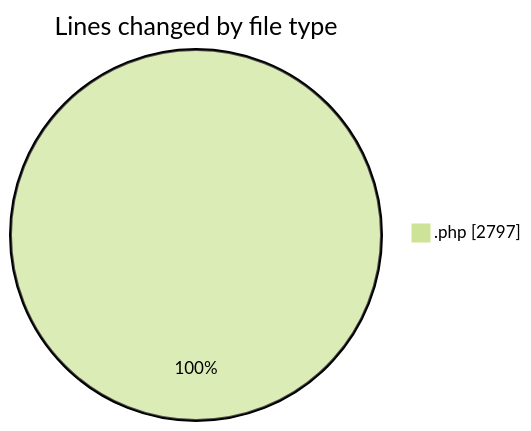
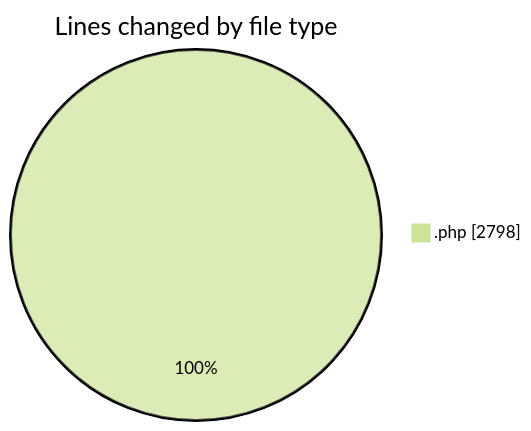
One commit to debugP/code-tracking changed the first of 2 diagrams in 2026-07-21/wp-content/README.md. Above: the diagram before and after it, drawn with Mermaid (forest theme). The commit also changed other lines of this file and 1 other file, not shown here.

````diff
--- a/2026-07-21/wp-content/README.md
+++ b/2026-07-21/wp-content/README.md
@@ -20,5 +20,5 @@
 ```mermaid
 pie showData
 title Lines changed by file type
-".php" : 2797
+".php" : 2798
 ```
````
